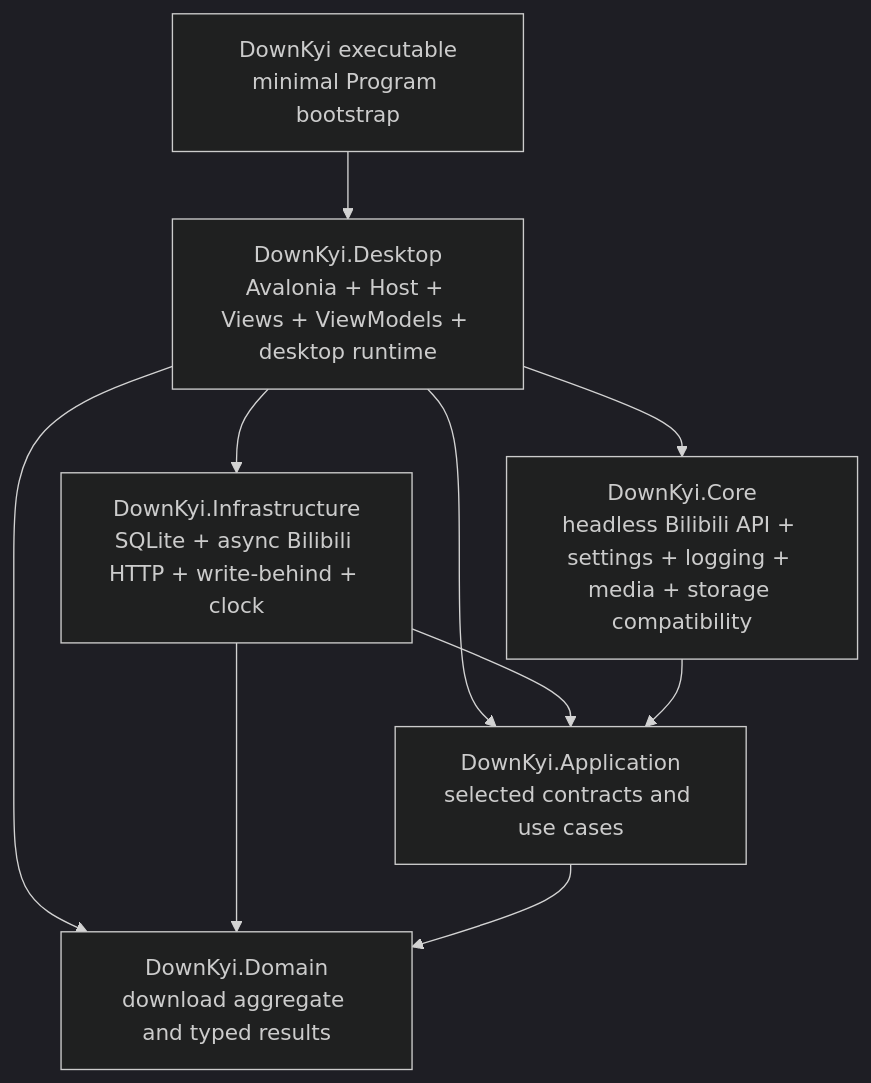
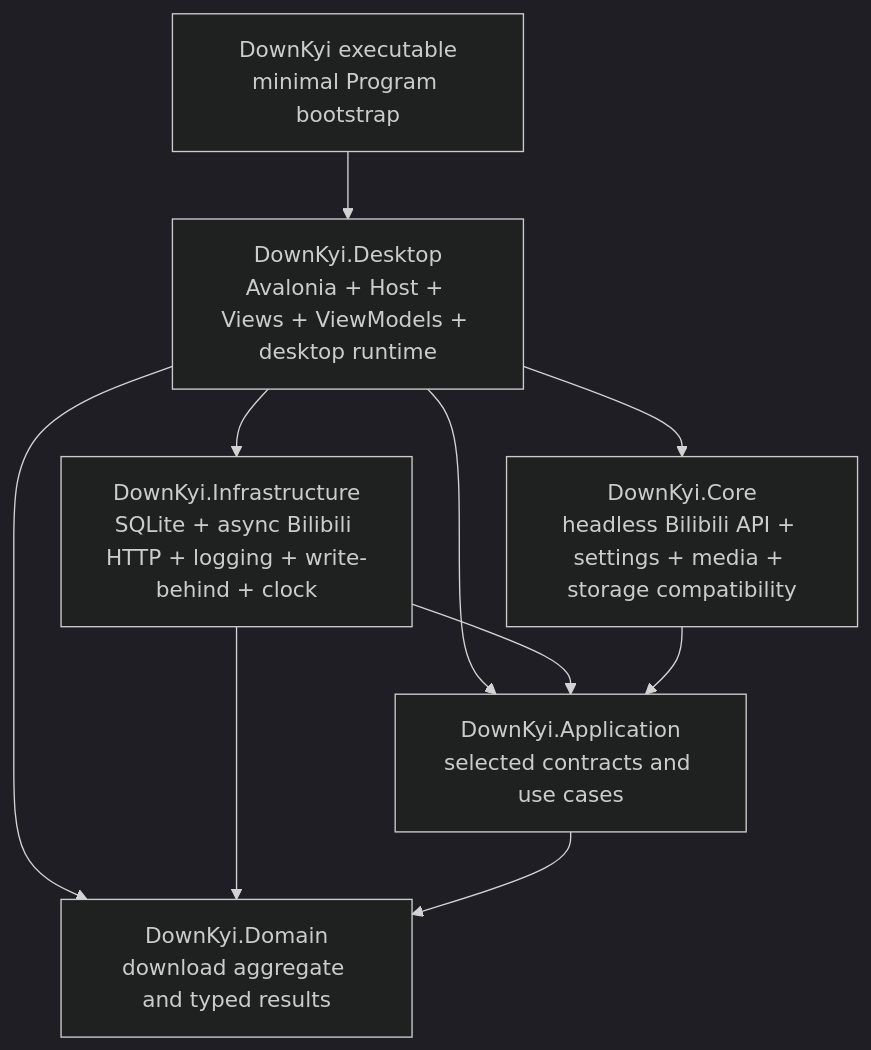
One commit to 403a/downkyicore changed the first of 4 diagrams in ARCHITECTURE.md. Above: the diagram before and after it, drawn with Mermaid (dark theme). The commit also changed other lines of this file and 107 other files, not shown here.

Commit message:
refactor(logging): move sink ownership to Infrastructure

````diff
--- a/ARCHITECTURE.md
+++ b/ARCHITECTURE.md
@@ -17,19 +17,19 @@
 ```mermaid
 flowchart TD
     Entry["DownKyi executable\nminimal Program bootstrap"]
-    Core["DownKyi.Core\nheadless Bilibili API + settings + logging + media + storage compatibility"]
+    Core["DownKyi.Core\nheadless Bilibili API + settings + media + storage compatibility"]
     Desktop["DownKyi.Desktop\nAvalonia + Host + Views + ViewModels + desktop runtime"]
     Application["DownKyi.Application\nselected contracts and use cases"]
     Domain["DownKyi.Domain\ndownload aggregate and typed results"]
-    Infrastructure["DownKyi.Infrastructure\nSQLite + async Bilibili HTTP + write-behind + clock"]
+    Infrastructure["DownKyi.Infrastructure\nSQLite + async Bilibili HTTP + logging + write-behind + clock"]
 
     Entry --> Desktop
     Desktop --> Core
     Desktop --> Application
     Desktop --> Domain
     Desktop --> Infrastructure
     Infrastructure --> Application
     Infrastructure --> Domain
     Core --> Application
     Application --> Domain
 ```
````
